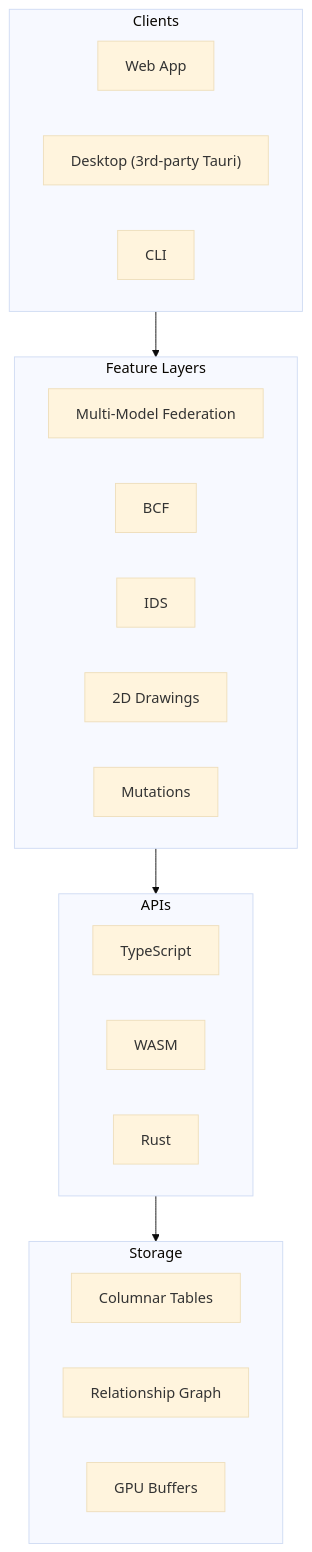
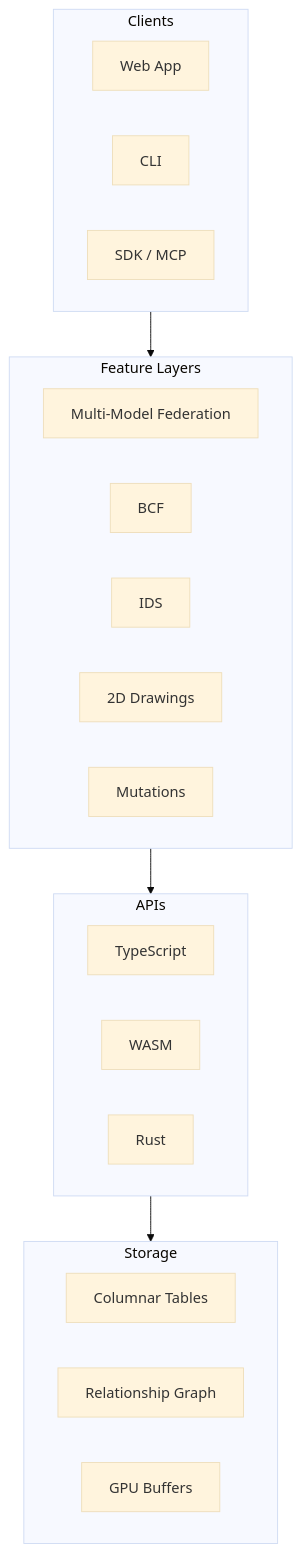
Before and after one commit to LTplus-AG/ifc-lite: the first of 18 diagrams in docs/architecture/overview.md, drawn with Mermaid (base theme). The commit also changed other lines of this file and 78 other files, not shown here.

````diff
--- a/docs/architecture/overview.md
+++ b/docs/architecture/overview.md
@@ -11,36 +11,36 @@
 ```mermaid
 flowchart TB
     subgraph Clients["Clients"]
         direction LR
         Web["Web App"]
-        Desktop["Desktop (3rd-party Tauri)"]
         CLI["CLI"]
+        SDK["SDK / MCP"]
     end
 
     subgraph Features["Feature Layers"]
         direction LR
         Federation["Multi-Model Federation"]
         BCFFeature["BCF"]
         IDSFeature["IDS"]
         Drawings["2D Drawings"]
         MutationsFeature["Mutations"]
     end
 
     subgraph APIs["APIs"]
         direction LR
         TS["TypeScript"]
         WASM["WASM"]
         Rust["Rust"]
     end
 
     subgraph Storage["Storage"]
         direction LR
         Tables["Columnar Tables"]
         Graph["Relationship Graph"]
         GPU["GPU Buffers"]
     end
 
     Clients --> Features
     Features --> APIs
     APIs --> Storage
 ```
````
